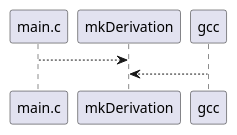
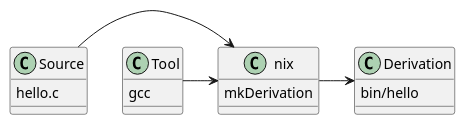
The second of 2 diagrams in slides/nix.md (mariatsji/talks-2024-nix), drawn with PlantUML before and after one commit. The commit also changed other lines of this file and 3 other files, not shown here.

````diff
--- a/slides/nix.md
+++ b/slides/nix.md
@@ -39,6 +74,15 @@
 ```plantuml
 @startuml
-main.c --> mkDerivation
-gcc --> mkDerivation
+
+Source : hello.c
+Tool : gcc
+nix : mkDerivation
+
+Source -> nix
+Tool -> nix
+
+Derivation : bin/hello
+nix -> Derivation
+
 @enduml
 ```
````
